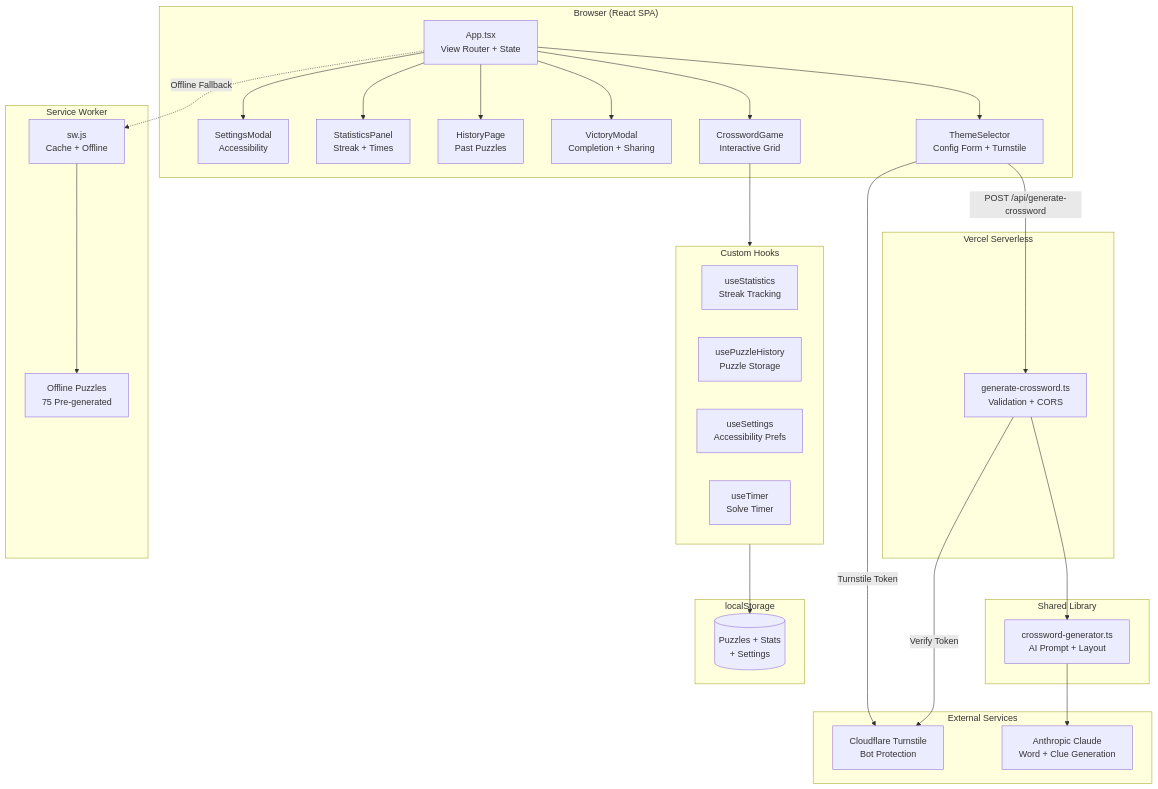
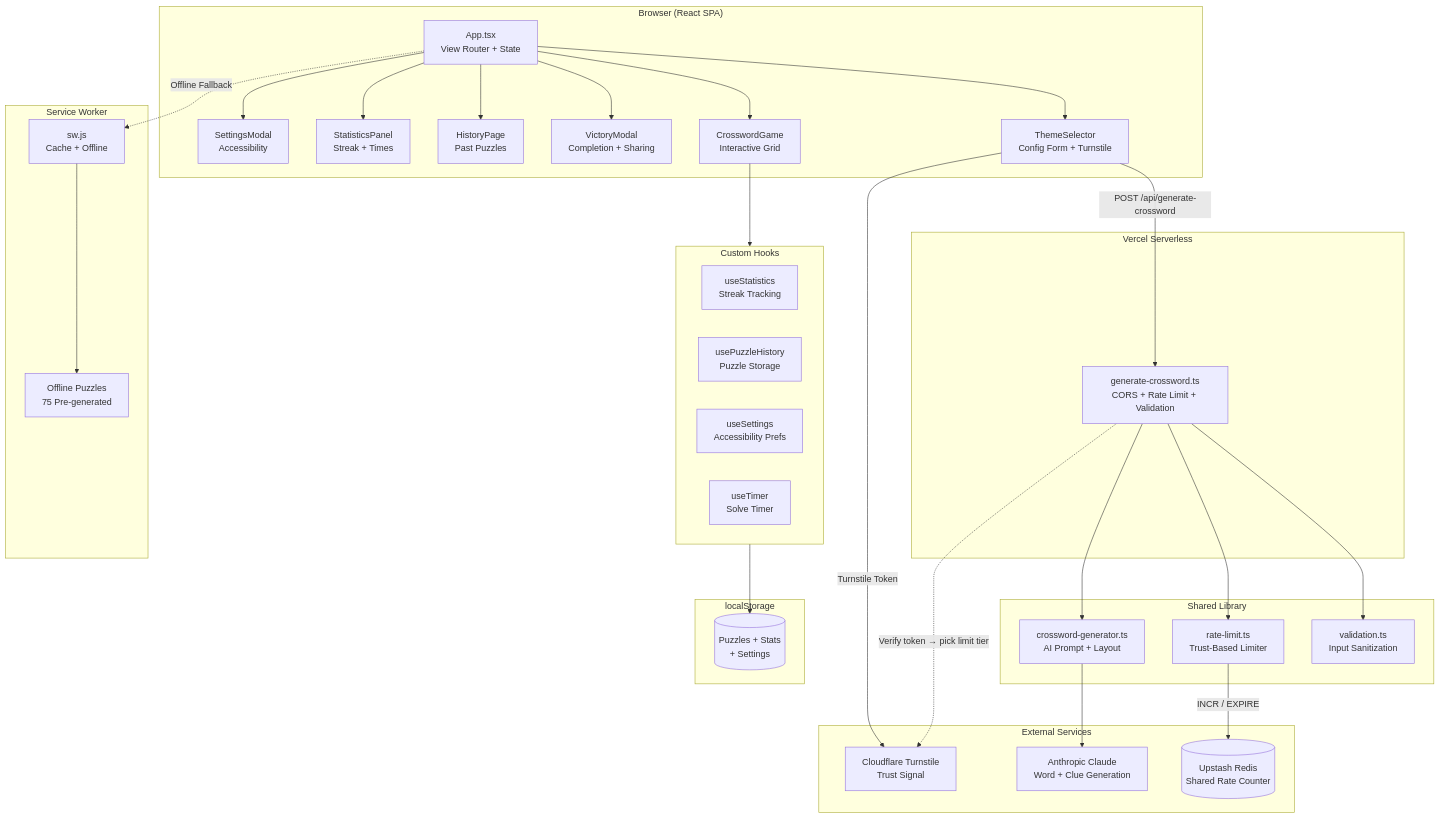
The diagram in public/data/portfolio/Themed-Crossword-Gen/architecture.md (Technical-1/All-About-Me), drawn with Mermaid before and after one commit. The commit also changed other lines of this file and 18 other files, not shown here.

````diff
--- a/public/data/portfolio/Themed-Crossword-Gen/architecture.md
+++ b/public/data/portfolio/Themed-Crossword-Gen/architecture.md
@@ -5,60 +5,66 @@
 ```mermaid
 flowchart TD
     subgraph Client["Browser (React SPA)"]
         App[App.tsx<br/>View Router + State]
         TS[ThemeSelector<br/>Config Form + Turnstile]
         CG[CrosswordGame<br/>Interactive Grid]
         VM[VictoryModal<br/>Completion + Sharing]
         HP[HistoryPage<br/>Past Puzzles]
         SP[StatisticsPanel<br/>Streak + Times]
         SM[SettingsModal<br/>Accessibility]
     end
 
     subgraph Hooks["Custom Hooks"]
         UStats[useStatistics<br/>Streak Tracking]
         UHist[usePuzzleHistory<br/>Puzzle Storage]
         USet[useSettings<br/>Accessibility Prefs]
         UTmr[useTimer<br/>Solve Timer]
     end
 
     subgraph Storage["localStorage"]
         LS[(Puzzles + Stats<br/>+ Settings)]
     end
 
     subgraph API["Vercel Serverless"]
-        GC[generate-crossword.ts<br/>Validation + CORS]
+        GC[generate-crossword.ts<br/>CORS + Rate Limit + Validation]
     end
 
     subgraph Shared["Shared Library"]
         Gen[crossword-generator.ts<br/>AI Prompt + Layout]
+        RL[rate-limit.ts<br/>Trust-Based Limiter]
+        Val[validation.ts<br/>Input Sanitization]
     end
 
     subgraph External["External Services"]
         LLM[Anthropic Claude<br/>Word + Clue Generation]
-        CF[Cloudflare Turnstile<br/>Bot Protection]
+        CF[Cloudflare Turnstile<br/>Trust Signal]
+        UR[(Upstash Redis<br/>Shared Rate Counter)]
     end
 
     subgraph PWA["Service Worker"]
         SW[sw.js<br/>Cache + Offline]
         OP[Offline Puzzles<br/>75 Pre-generated]
     end
 
     App --> TS
     App --> CG
     App --> VM
     App --> HP
     App --> SP
     App --> SM
 
     CG --> Hooks
     Hooks --> LS
 
     TS -->|"POST /api/generate-crossword"| GC
     TS -->|"Turnstile Token"| CF
+    GC --> Val
+    GC --> RL
     GC --> Gen
     Gen --> LLM
-    GC -->|"Verify Token"| CF
+    GC -.->|"Verify token → pick limit tier"| CF
+    RL -->|"INCR / EXPIRE"| UR
 
     SW --> OP
     App -.->|"Offline Fallback"| SW
 ```
````
